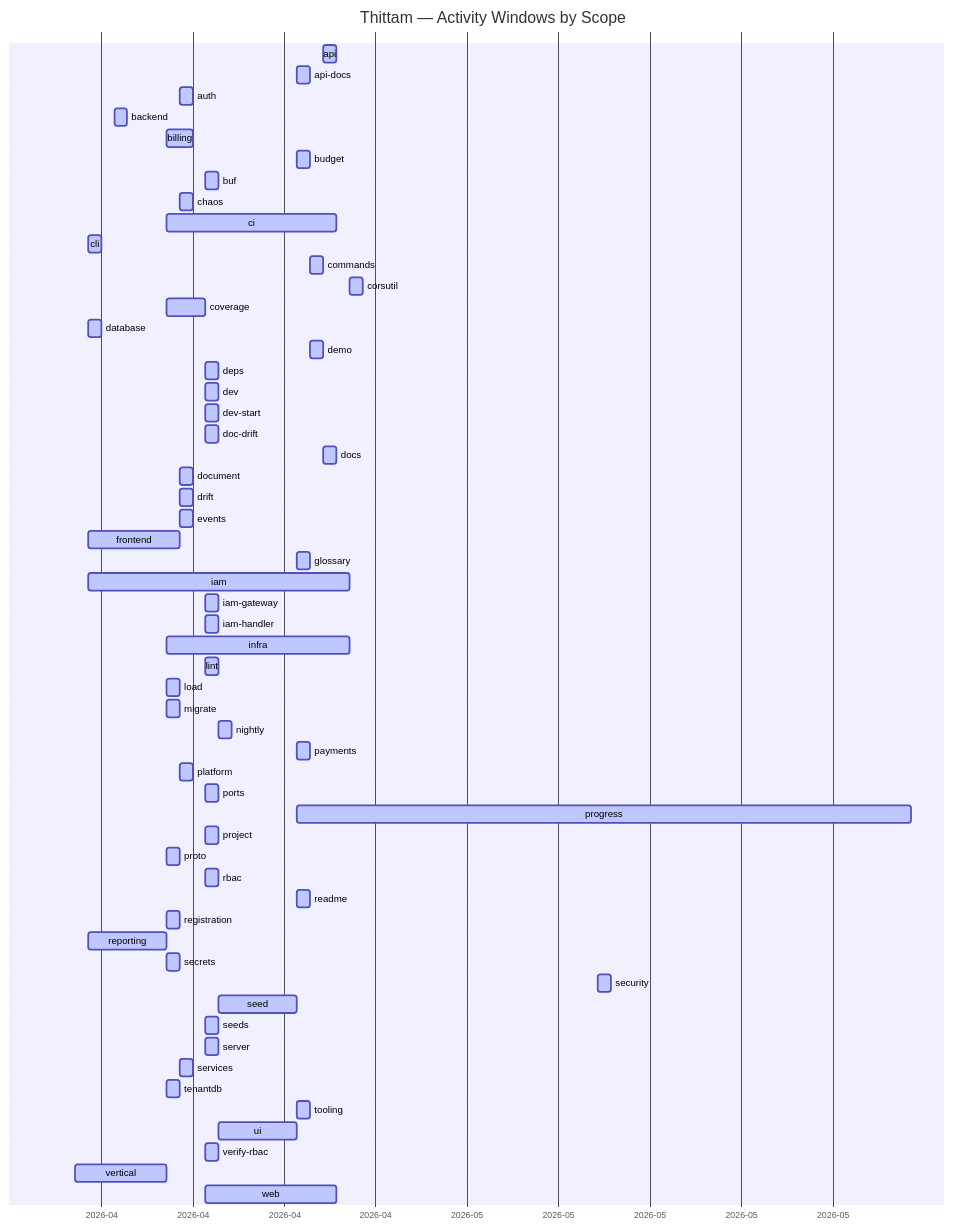
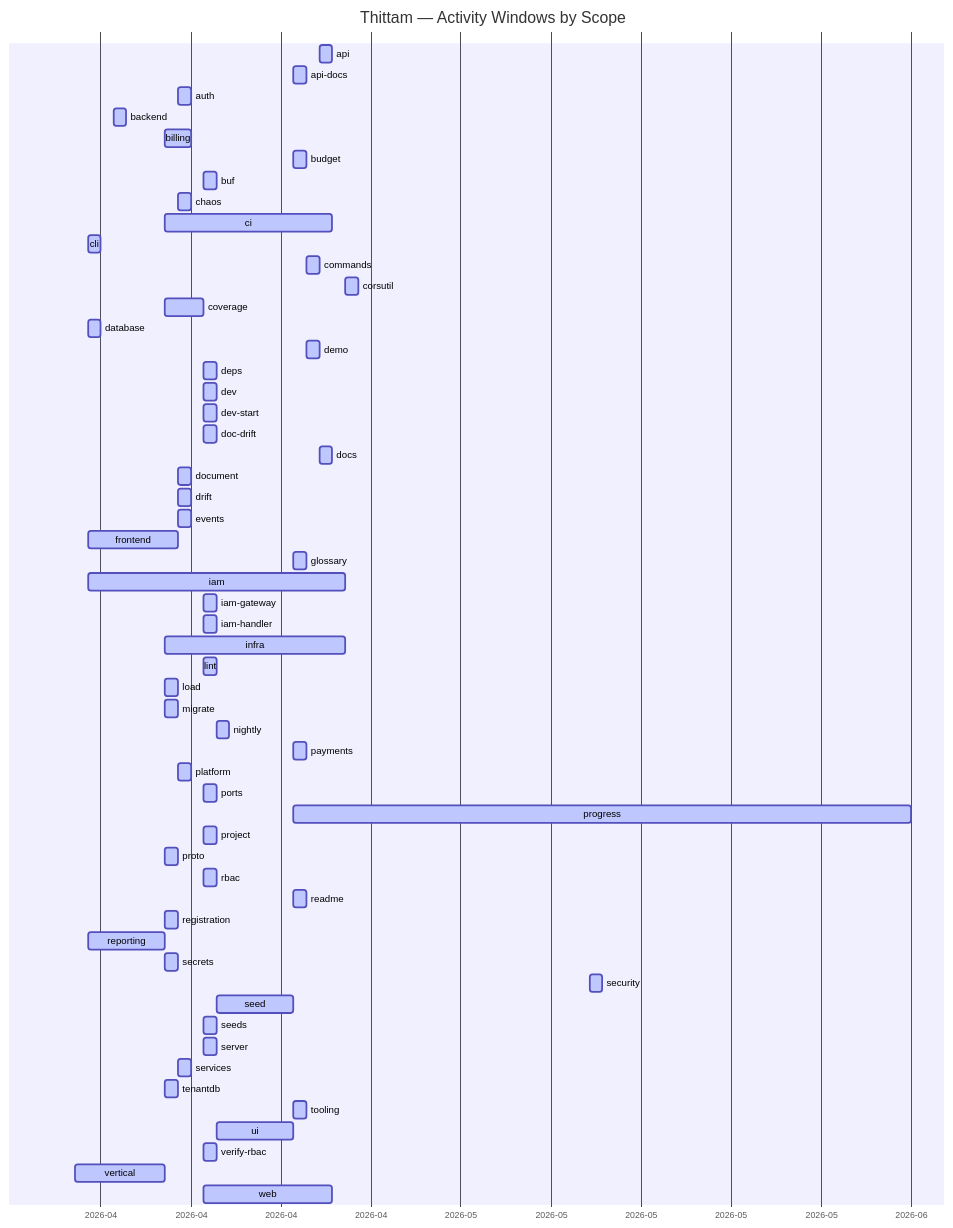
Before and after one commit to wegofwd2020-hub/thittam: the diagram in docs/PROGRESS.md, drawn with Mermaid. The commit also changed other lines of this file and 1 other file, not shown here.

Commit message:
chore(progress): nightly update of docs/PROGRESS.md + CSVs

````diff
--- a/docs/PROGRESS.md
+++ b/docs/PROGRESS.md
@@ -9,61 +9,61 @@
 ```mermaid
 gantt
     title Thittam — Activity Windows by Scope
     dateFormat YYYY-MM-DD
     axisFormat %Y-%m
     api                :active, s_api, 2026-04-22, 2026-04-23
     api-docs           :active, s_api_docs, 2026-04-20, 2026-04-21
     auth               :active, s_auth, 2026-04-11, 2026-04-12
     backend            :active, s_backend, 2026-04-06, 2026-04-07
     billing            :active, s_billing, 2026-04-10, 2026-04-12
     budget             :active, s_budget, 2026-04-20, 2026-04-21
     buf                :active, s_buf, 2026-04-13, 2026-04-14
     chaos              :active, s_chaos, 2026-04-11, 2026-04-12
     ci                 :active, s_ci, 2026-04-10, 2026-04-23
     cli                :active, s_cli, 2026-04-04, 2026-04-05
     commands           :active, s_commands, 2026-04-21, 2026-04-22
     corsutil           :active, s_corsutil, 2026-04-24, 2026-04-25
     coverage           :active, s_coverage, 2026-04-10, 2026-04-13
     database           :active, s_database, 2026-04-04, 2026-04-05
     demo               :active, s_demo, 2026-04-21, 2026-04-22
     deps               :active, s_deps, 2026-04-13, 2026-04-14
     dev                :active, s_dev, 2026-04-13, 2026-04-14
     dev-start          :active, s_dev_start, 2026-04-13, 2026-04-14
     doc-drift          :active, s_doc_drift, 2026-04-13, 2026-04-14
     docs               :active, s_docs, 2026-04-22, 2026-04-23
     document           :active, s_document, 2026-04-11, 2026-04-12
     drift              :active, s_drift, 2026-04-11, 2026-04-12
     events             :active, s_events, 2026-04-11, 2026-04-12
     frontend           :active, s_frontend, 2026-04-04, 2026-04-11
     glossary           :active, s_glossary, 2026-04-20, 2026-04-21
     iam                :active, s_iam, 2026-04-04, 2026-04-24
     iam-gateway        :active, s_iam_gateway, 2026-04-13, 2026-04-14
     iam-handler        :active, s_iam_handler, 2026-04-13, 2026-04-14
     infra              :active, s_infra, 2026-04-10, 2026-04-24
     lint               :active, s_lint, 2026-04-13, 2026-04-14
     load               :active, s_load, 2026-04-10, 2026-04-11
     migrate            :active, s_migrate, 2026-04-10, 2026-04-11
     nightly            :active, s_nightly, 2026-04-14, 2026-04-15
     payments           :active, s_payments, 2026-04-20, 2026-04-21
     platform           :active, s_platform, 2026-04-11, 2026-04-12
     ports              :active, s_ports, 2026-04-13, 2026-04-14
-    progress           :active, s_progress, 2026-04-20, 2026-06-06
+    progress           :active, s_progress, 2026-04-20, 2026-06-07
     project            :active, s_project, 2026-04-13, 2026-04-14
     proto              :active, s_proto, 2026-04-10, 2026-04-11
     rbac               :active, s_rbac, 2026-04-13, 2026-04-14
     readme             :active, s_readme, 2026-04-20, 2026-04-21
     registration       :active, s_registration, 2026-04-10, 2026-04-11
     reporting          :active, s_reporting, 2026-04-04, 2026-04-10
     secrets            :active, s_secrets, 2026-04-10, 2026-04-11
     security           :active, s_security, 2026-05-13, 2026-05-14
     seed               :active, s_seed, 2026-04-14, 2026-04-20
     seeds              :active, s_seeds, 2026-04-13, 2026-04-14
     server             :active, s_server, 2026-04-13, 2026-04-14
     services           :active, s_services, 2026-04-11, 2026-04-12
     tenantdb           :active, s_tenantdb, 2026-04-10, 2026-04-11
     tooling            :active, s_tooling, 2026-04-20, 2026-04-21
     ui                 :active, s_ui, 2026-04-14, 2026-04-20
     verify-rbac        :active, s_verify_rbac, 2026-04-13, 2026-04-14
     vertical           :active, s_vertical, 2026-04-03, 2026-04-10
     web                :active, s_web, 2026-04-13, 2026-04-23
 ```
````
